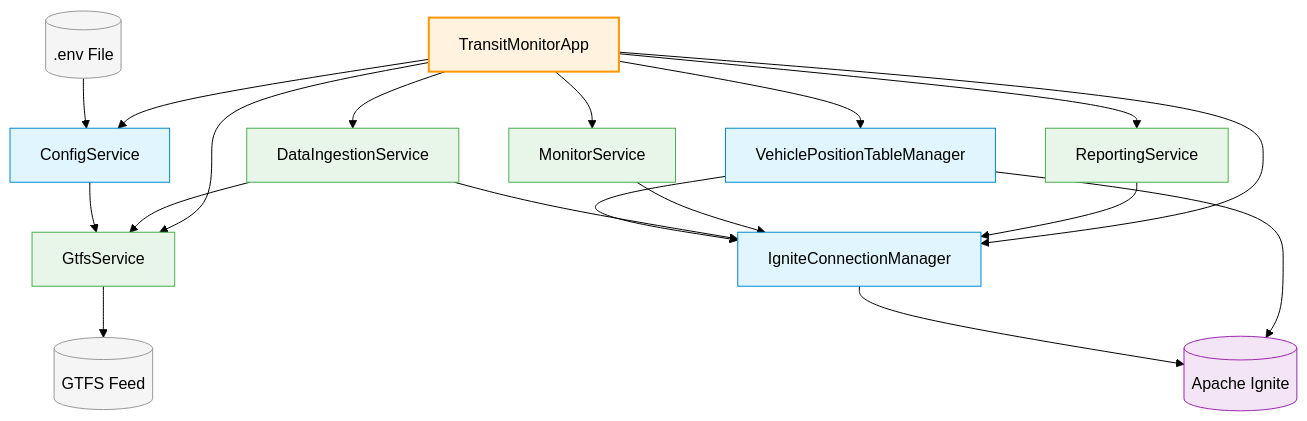
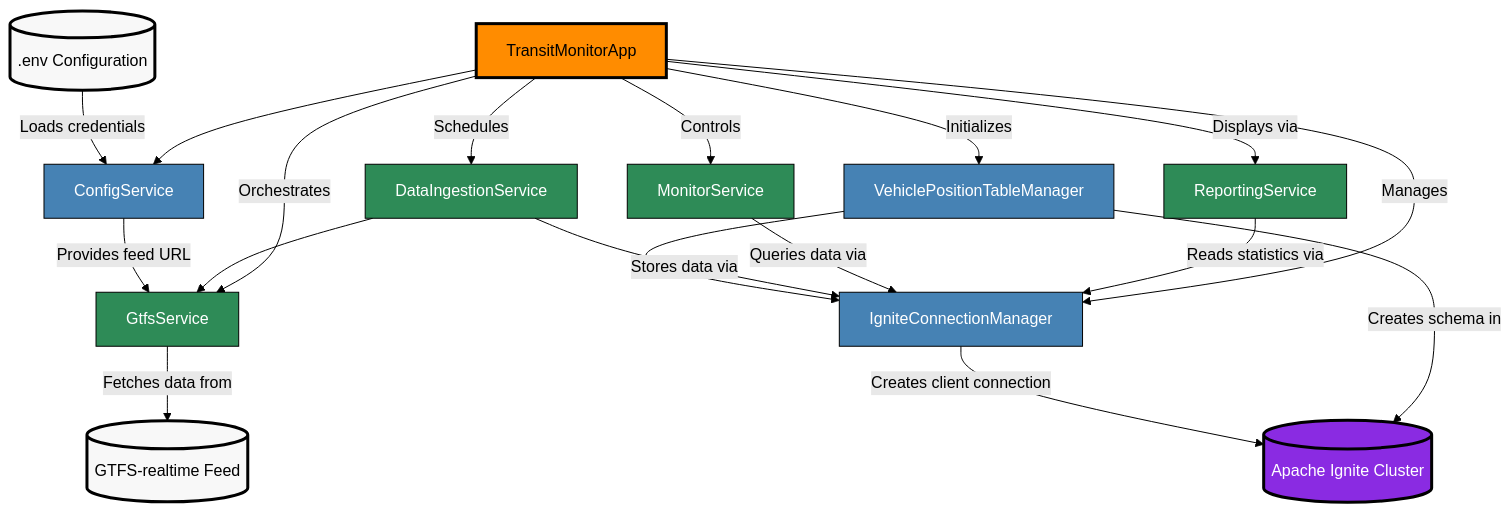
Before and after one commit to maglietti/transit-monitor: the first of 2 diagrams in docs/07-putting-together.md, drawn with Mermaid (forest theme).

Commit message:
improved architecture diagram readability

````diff
--- a/docs/07-putting-together.md
+++ b/docs/07-putting-together.md
@@ -9,61 +9,57 @@
 ```mermaid
-graph TB
-    %% External systems
-    GTFS[(GTFS Feed)]
-    EnvFile[(.env File)]
+flowchart TB
+    %% Use a cleaner layout with straight lines where possible
+    %% External systems with thick borders
+    GTFS[("GTFS-realtime Feed")]:::external
+    EnvFile[(".env Configuration")]:::external
     
-    %% Config components
-    ConfigService[ConfigService]
-    ConnectionManager[IgniteConnectionManager]
-    TableManager[VehiclePositionTableManager]
+    %% Config components in blue
+    ConfigService[ConfigService]:::config
+    ConnectionManager[IgniteConnectionManager]:::config
+    TableManager[VehiclePositionTableManager]:::config
     
-    %% Core services
-    GtfsService[GtfsService]
-    IngestionService[DataIngestionService]
-    MonitorService[MonitorService]
-    ReportingService[ReportingService]
+    %% Core services in green
+    GtfsService[GtfsService]:::service
+    IngestionService[DataIngestionService]:::service
+    MonitorService[MonitorService]:::service
+    ReportingService[ReportingService]:::service
     
-    %% Main application
-    TransitApp[TransitMonitorApp]
+    %% Main application with double border
+    TransitApp[TransitMonitorApp]:::app
     
-    %% Database
-    Ignite[(Apache Ignite)]
+    %% Database in purple
+    Ignite[("Apache Ignite Cluster")]:::database
     
-    %% Relationships - External to Config
-    EnvFile --> ConfigService
+    %% Cleaner relationships with high-contrast labels
+    EnvFile --> |Loads credentials| ConfigService
     
-    %% Relationships - Config layer
-    ConfigService --> GtfsService
-    ConnectionManager --> Ignite
+    ConfigService --> |Provides feed URL| GtfsService
+    
+    ConnectionManager --> |Creates client connection| Ignite
     TableManager --> ConnectionManager
-    TableManager --> Ignite
+    TableManager --> |Creates schema in| Ignite
     
-    %% Relationships - Service layer
-    GtfsService --> GTFS
+    GtfsService --> |Fetches data from| GTFS
+    
+    %% Core service relationships
     IngestionService --> GtfsService
-    IngestionService --> ConnectionManager
-    MonitorService --> ConnectionManager
-    ReportingService --> ConnectionManager
+    IngestionService --> |Stores data via| ConnectionManager
+    MonitorService --> |Queries data via| ConnectionManager
+    ReportingService --> |Reads statistics via| ConnectionManager
     
-    %% Relationships - Application layer
+    %% Cleaner application relationships
     TransitApp --> ConfigService
-    TransitApp --> ConnectionManager
-    TransitApp --> TableManager
-    TransitApp --> GtfsService
-    TransitApp --> IngestionService
-    TransitApp --> MonitorService
-    TransitApp --> ReportingService
+    TransitApp --> |Manages| ConnectionManager
+    TransitApp --> |Initializes| TableManager
+    TransitApp --> |Orchestrates| GtfsService
+    TransitApp --> |Schedules| IngestionService
+    TransitApp --> |Controls| MonitorService
+    TransitApp --> |Displays via| ReportingService
     
-    %% Styling
-    classDef external fill:#f5f5f5,stroke:#999,stroke-width:1px
-    classDef config fill:#e1f5fe,stroke:#0288d1,stroke-width:1px
-    classDef service fill:#e8f5e9,stroke:#4caf50,stroke-width:1px
-    classDef app fill:#fff3e0,stroke:#ff9800,stroke-width:2px
-    classDef database fill:#f3e5f5,stroke:#9c27b0,stroke-width:1px
-    
-    class GTFS,EnvFile external
-    class ConfigService,ConnectionManager,TableManager config
-    class GtfsService,IngestionService,MonitorService,ReportingService service
-    class TransitApp app
-    class Ignite database
+    %% Clearer class definitions with high-contrast colors
+    classDef external fill:#F8F8F8,stroke:#000000,stroke-width:3px,color:#000000
+    classDef config fill:#4682B4,stroke:#000000,stroke-width:1px,color:#FFFFFF
+    classDef service fill:#2E8B57,stroke:#000000,stroke-width:1px,color:#FFFFFF
+    classDef app fill:#FF8C00,stroke:#000000,stroke-width:3px,color:#000000
+    classDef database fill:#8A2BE2,stroke:#000000,stroke-width:3px,color:#FFFFFF
 ```
````
